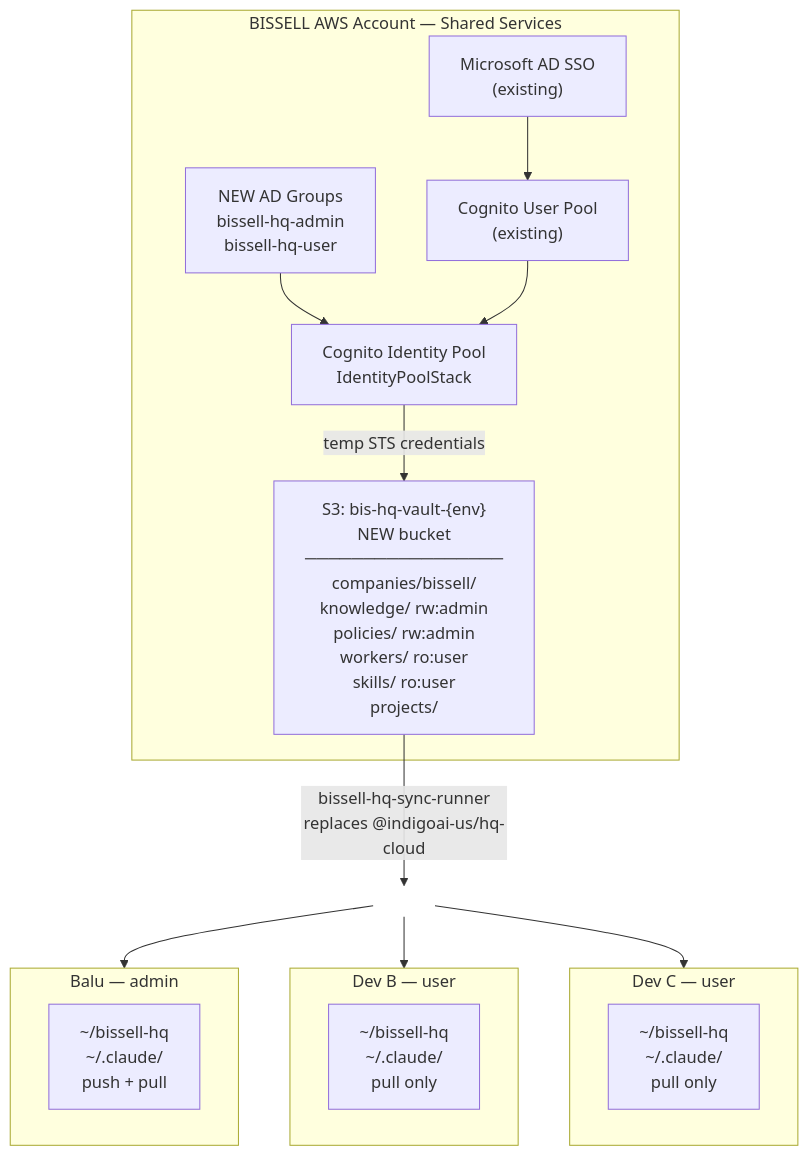
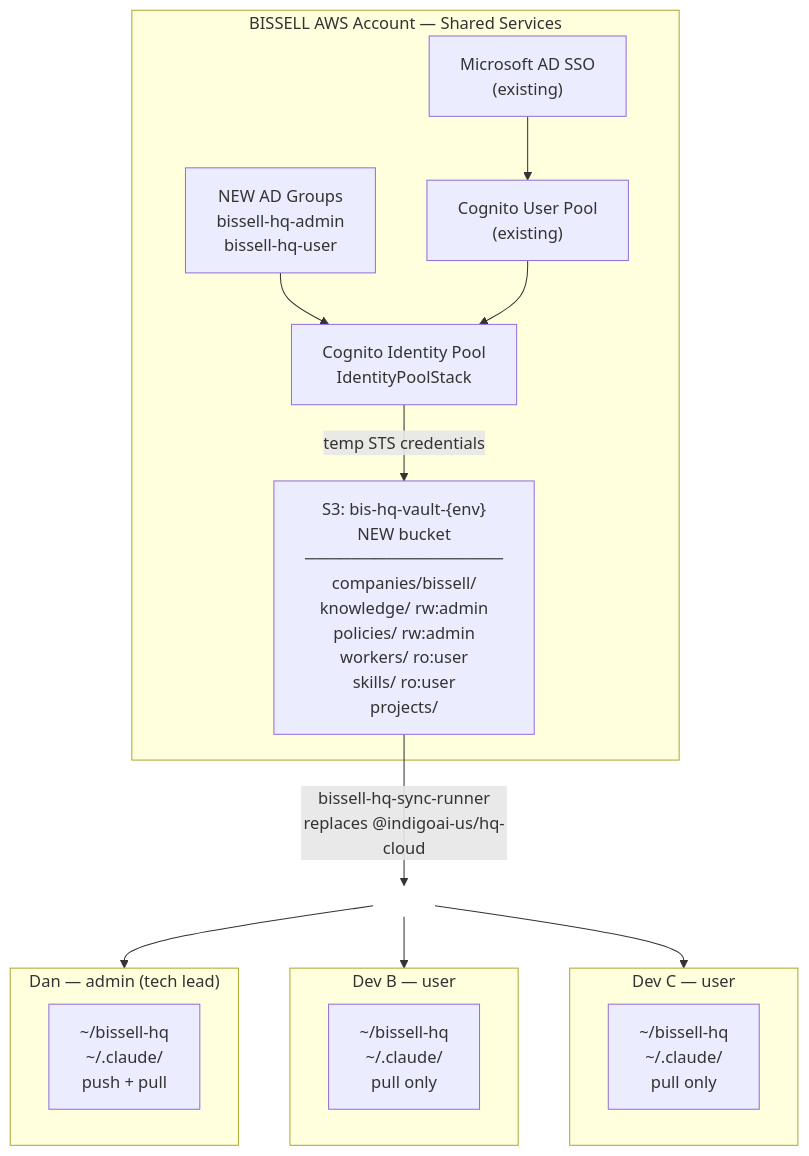
Before and after one commit to bissell-inc/hq-core: the first of 4 diagrams in docs/bissell-hq-architecture.md, drawn with Mermaid. The commit also changed other lines of this file, not shown here.

````diff
--- a/docs/bissell-hq-architecture.md
+++ b/docs/bissell-hq-architecture.md
@@ -9,34 +9,34 @@
 ```mermaid
 flowchart TD
     subgraph AWS["BISSELL AWS Account — Shared Services"]
         CUP["Cognito User Pool\n(existing)"] 
         AD["Microsoft AD SSO\n(existing)"]
         IP["Cognito Identity Pool\nIdentityPoolStack"]
         ADG["NEW AD Groups\nbissell-hq-admin\nbissell-hq-user"]
         S3["S3: bis-hq-vault-{env}\nNEW bucket\n─────────────────\ncompanies/bissell/\n  knowledge/  rw:admin\n  policies/   rw:admin\n  workers/    ro:user\n  skills/     ro:user\n  projects/"]
     end
 
     AD --> CUP
     ADG --> IP
     CUP --> IP
     IP -->|"temp STS credentials"| S3
 
     S3 -->|"bissell-hq-sync-runner\nreplaces @indigoai-us/hq-cloud"| SYNC
 
     SYNC[ ]
     style SYNC fill:none,stroke:none
 
     SYNC --> A
     SYNC --> B
     SYNC --> C
 
-    subgraph A["Balu — admin"]
+    subgraph A["Dan — admin (tech lead)"]
         A1["~/bissell-hq\n~/.claude/\npush + pull"]
     end
     subgraph B["Dev B — user"]
         B1["~/bissell-hq\n~/.claude/\npull only"]
     end
     subgraph C["Dev C — user"]
         C1["~/bissell-hq\n~/.claude/\npull only"]
     end
 ```
````
